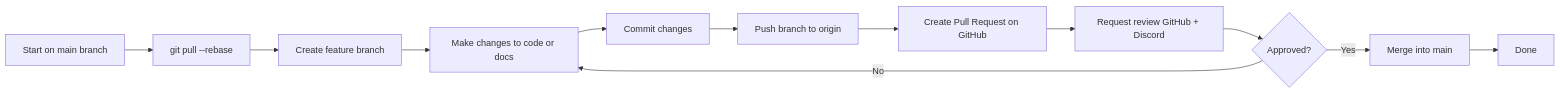
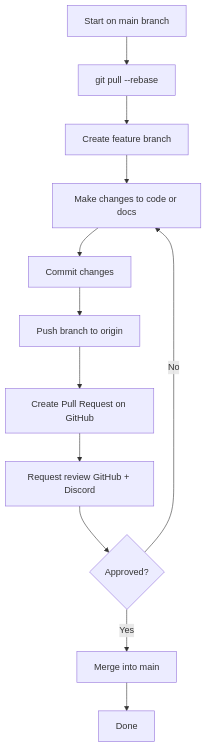
Before and after one commit to Denuo-Web/CrowdPMPlatform: the diagram in docs/development.md, drawn with Mermaid.

Commit message:
Adding branch docs to git

````diff
--- a/docs/development.md
+++ b/docs/development.md
@@ -226,14 +226,14 @@
 ```mermaid
-flowchart LR
+flowchart TD
     A[Start on main branch] --> B[git pull --rebase]
     B --> C["Create feature branch"]
     C --> D[Make changes to code or docs]
     D --> E["Commit changes"]
     E --> F["Push branch to origin"]
     F --> G[Create Pull Request on GitHub]
     G --> H["Request review GitHub + Discord"]
     H --> I{Approved?}
     I -- No --> D
     I -- Yes --> J[Merge into main]
     J --> K[Done]
 ```
````
